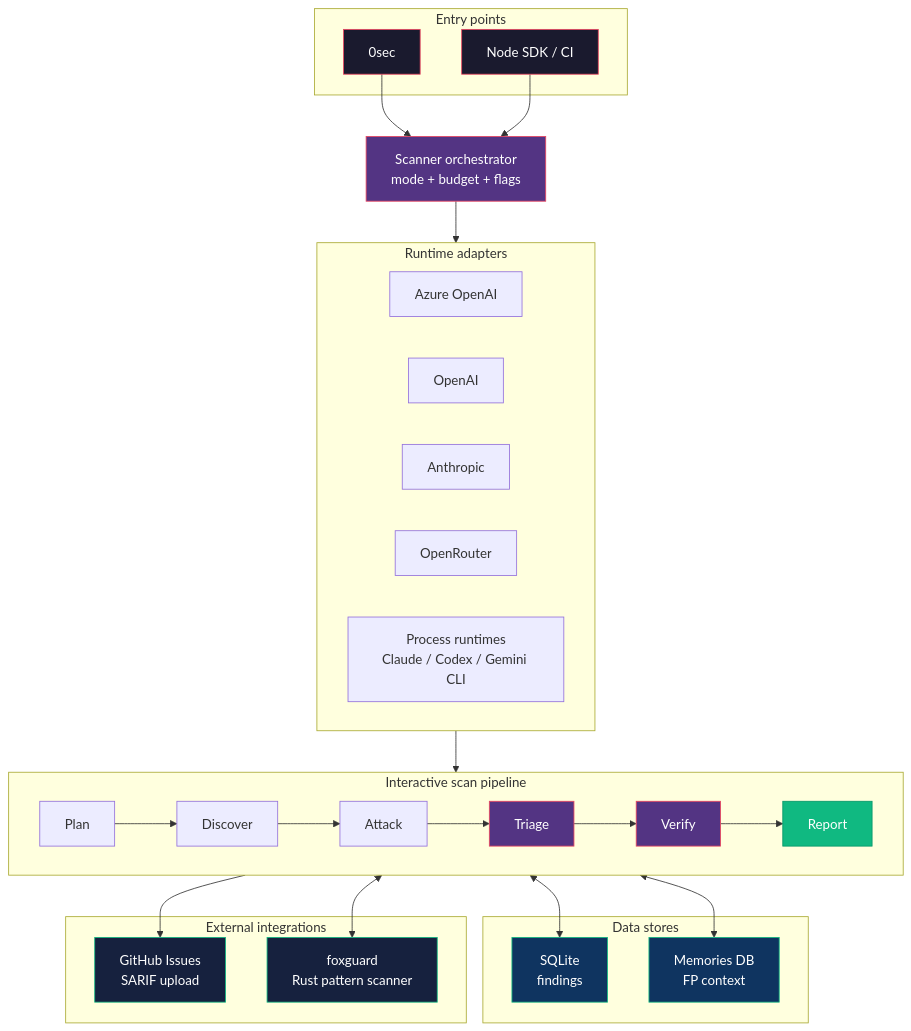
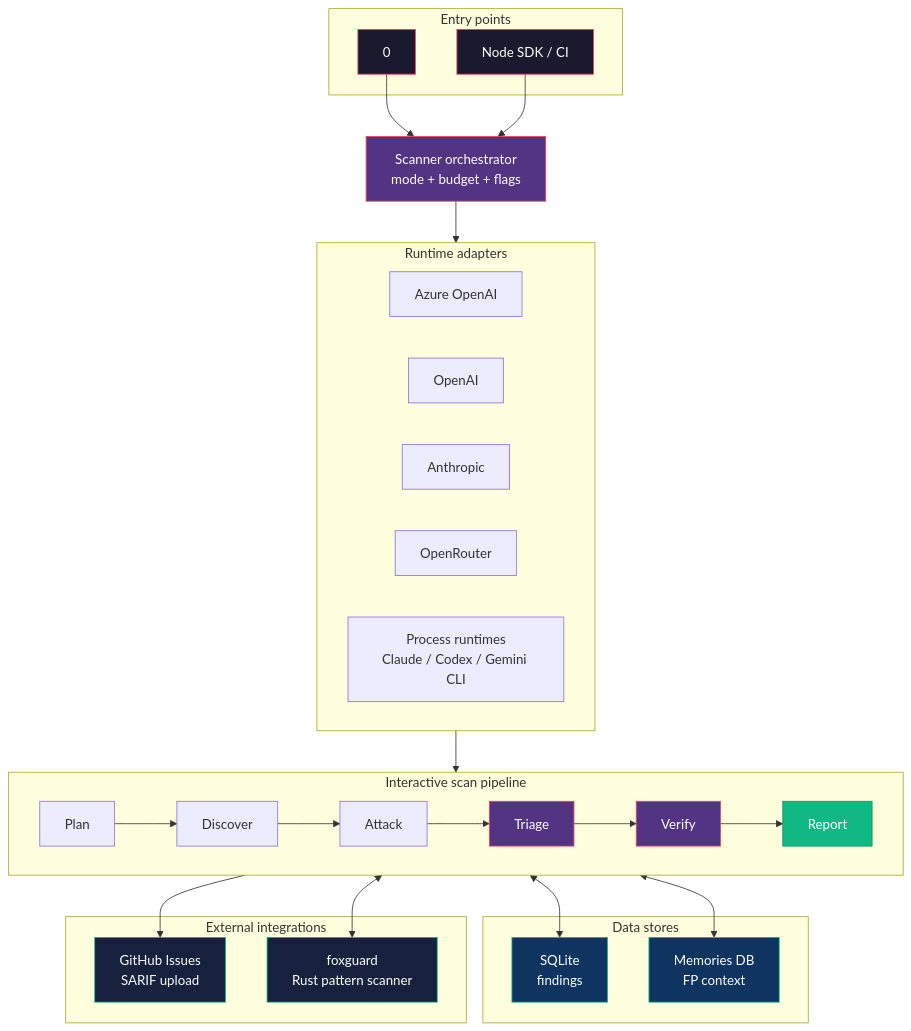
One commit to 0sec-labs/0 changed the second of 2 diagrams in docs/src/content/docs/architecture.md. Above: the diagram before and after it, drawn with Mermaid. The commit also changed other lines of this file and 67 other files, not shown here.

````diff
--- a/docs/src/content/docs/architecture.md
+++ b/docs/src/content/docs/architecture.md
@@ -141,52 +141,52 @@
 ```mermaid
 flowchart TB
     subgraph Entry[Entry points]
-        CLI[0sec]
+        CLI[0]
         API[Node SDK / CI]
     end
 
     subgraph Runtimes[Runtime adapters]
         AZ[Azure OpenAI]
         OAI[OpenAI]
         ANT[Anthropic]
         OR[OpenRouter]
         PROC["Process runtimes\nClaude / Codex / Gemini CLI"]
     end
 
     ORCH["Scanner orchestrator\nmode + budget + flags"]
 
     subgraph Pipeline[Interactive scan pipeline]
         direction LR
         P1[Plan] --> P2[Discover] --> P3[Attack] --> P4[Triage] --> P5[Verify] --> P6[Report]
     end
 
     subgraph Stores[Data stores]
         FDB["SQLite\nfindings"]
         MDB["Memories DB\nFP context"]
     end
 
     subgraph Ext[External integrations]
         GH["GitHub Issues\nSARIF upload"]
         FX["foxguard\nRust pattern scanner"]
     end
 
     CLI --> ORCH
     API --> ORCH
     ORCH --> Runtimes
     Runtimes --> Pipeline
     Pipeline <--> FDB
     P4 <--> MDB
     P4 <--> FX
     P6 --> GH
 
     style CLI fill:#1a1a2e,stroke:#e94560,color:#fff
     style API fill:#1a1a2e,stroke:#e94560,color:#fff
     style ORCH fill:#533483,stroke:#e94560,color:#fff
     style P4 fill:#533483,stroke:#e94560,color:#fff
     style P5 fill:#533483,stroke:#e94560,color:#fff
     style P6 fill:#10b981,stroke:#059669,color:#fff
     style FDB fill:#0f3460,stroke:#10b981,color:#fff
     style MDB fill:#0f3460,stroke:#10b981,color:#fff
     style GH fill:#16213e,stroke:#10b981,color:#fff
     style FX fill:#16213e,stroke:#10b981,color:#fff
 ```
````
